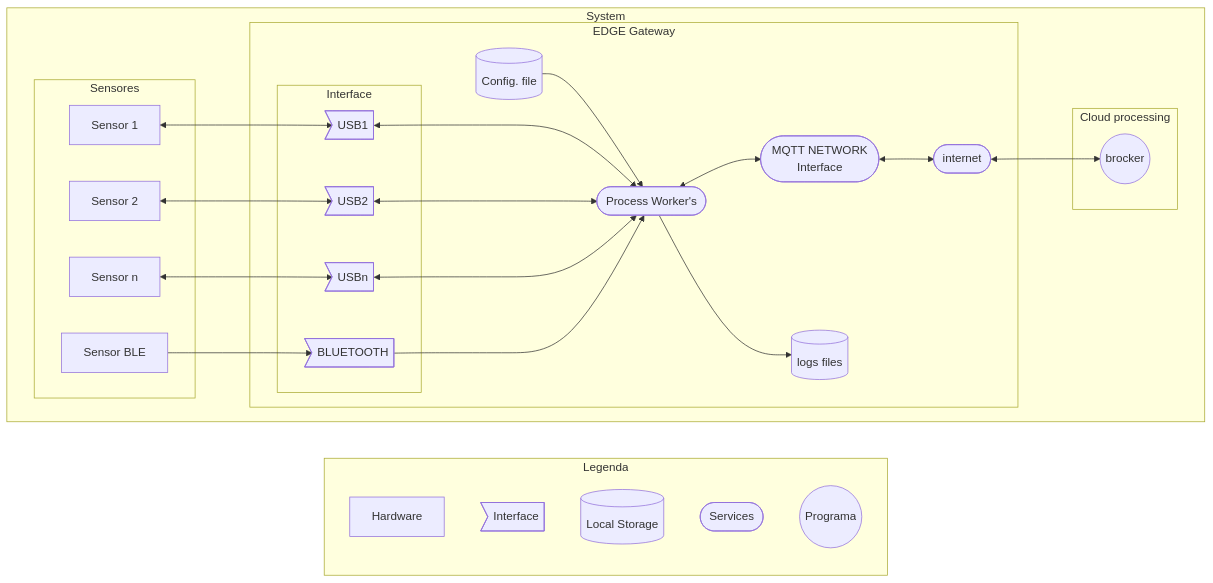
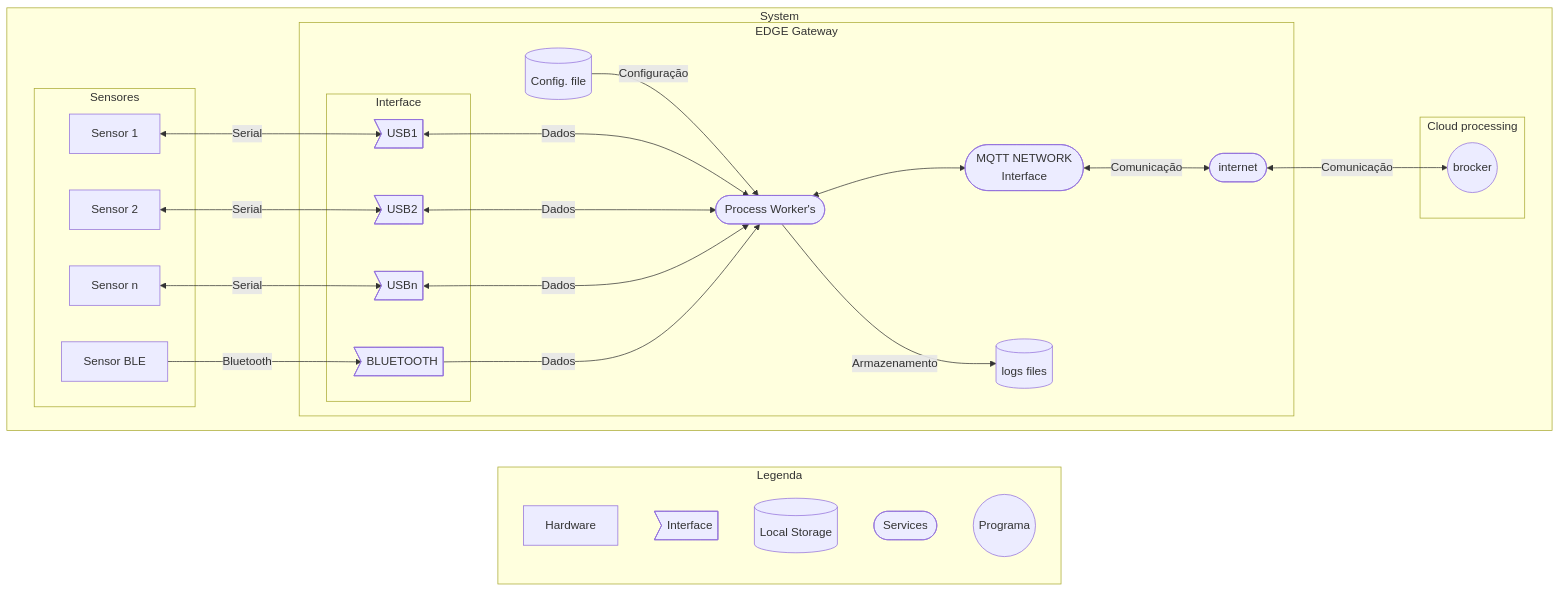
Before and after one commit to felipengeletrica/EdgeGateway: the diagram in diagram/diagram.mmd, drawn with Mermaid. The commit also changed other lines of this file, not shown here.

Commit message:
Adicionado nomes nas conexões

```diff
--- a/diagram/diagram.mmd
+++ b/diagram/diagram.mmd
@@ -1,44 +1,42 @@
 graph LR
     subgraph Legenda
         hardware[Hardware]
         interface>Interface]
         file[(Local Storage)]
         services([Services])
         program((Programa))
     end
 
     subgraph System
         direction LR
 
         subgraph EDGE Gateway
-            datalogger([Process Worker's])<-->server
-            datalogger([Process Worker's])--> files[(logs files)]
-            ConfigFile[(Config. file)] --> datalogger([Process Worker's])
-            server([MQTT NETWORK \n Interface])<-->internet
-            internet([internet])
+            ConfigFile[(Config. file)] -->|Configuração| datalogger([Process Worker's])
+            datalogger([Process Worker's])<--> server([MQTT NETWORK \n Interface])
+            datalogger([Process Worker's])--> |Armazenamento| files[(logs files)]
+            server([MQTT NETWORK \n Interface])<-->|Comunicação| internet([internet])
 
             subgraph Interface
-                USB1
-                USB2
-                USBn
-                BLUETOOTH
+                USB1>USB1]
+                USB2>USB2]
+                USBn>USBn]
+                BLUETOOTH>BLUETOOTH]
             end
-            USB1>USB1] <---> datalogger
-            USB2>USB2] <---> datalogger
-            USBn>USBn] <---> datalogger
-            BLUETOOTH>BLUETOOTH] --> datalogger
+            USB1>USB1] <--->|Dados| datalogger
+            USB2>USB2] <--->|Dados| datalogger
+            USBn>USBn] <--->|Dados| datalogger
+            BLUETOOTH>BLUETOOTH] -->|Dados| datalogger
         end
 
         subgraph Sensores
-            s1[Sensor 1] <--> USB1
-            s2[Sensor 2] <--> USB2
-            s4[Sensor n] <--> USBn
-            s3[Sensor BLE] --> BLUETOOTH
-            
+            s1[Sensor 1] <-->|Serial| USB1
+            s2[Sensor 2] <-->|Serial| USB2
+            s4[Sensor n] <-->|Serial| USBn
+            s3[Sensor BLE] -->|Bluetooth| BLUETOOTH
         end
 
-        internet <--> brocker
+        internet <-->|Comunicação| brocker((brocker))
         subgraph Cloud processing 
             brocker((brocker))
         end
     end
```
